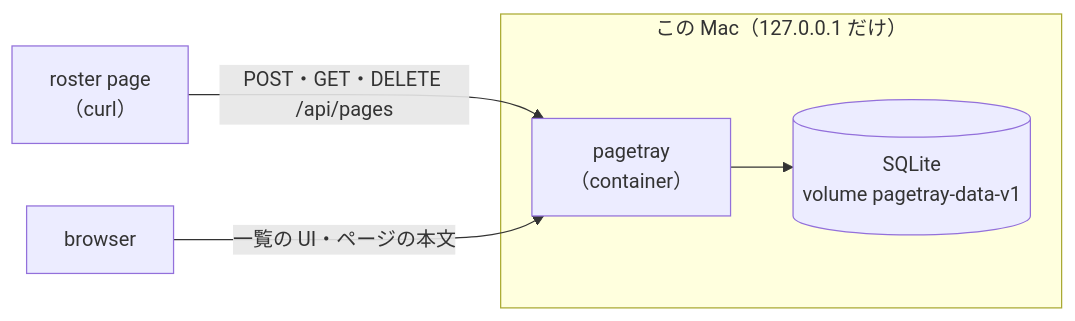
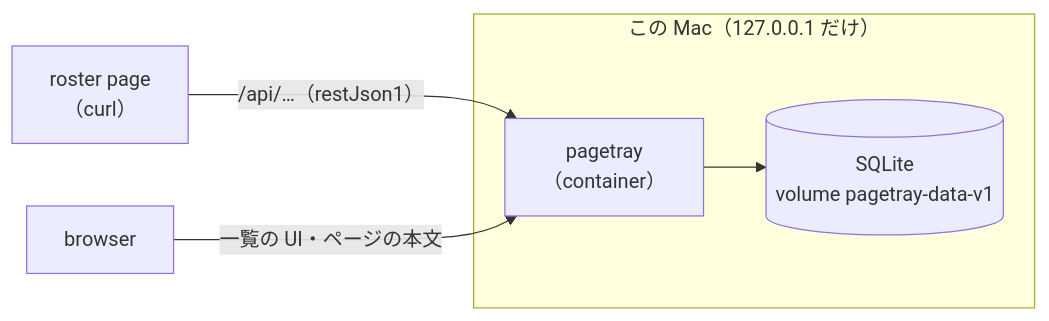
Before and after one commit to uraitakahito/pagetray: the diagram in docs/src/index.md, drawn with Mermaid. The commit also changed other lines of this file and 19 other files, not shown here.

````diff
--- a/docs/src/index.md
+++ b/docs/src/index.md
@@ -6,8 +6,8 @@
 ```mermaid
 flowchart LR
-  roster["roster page<br>（curl）"] -->|"POST・GET・DELETE /api/pages"| srv
+  roster["roster page<br>（curl）"] -->|"/api/…（restJson1）"| srv
   browser["browser"] -->|"一覧の UI・ページの本文"| srv
   subgraph mac["この Mac（127.0.0.1 だけ）"]
     srv["pagetray<br>（container）"] --> db[("SQLite<br>volume pagetray-data-v1")]
   end
 ```
````
